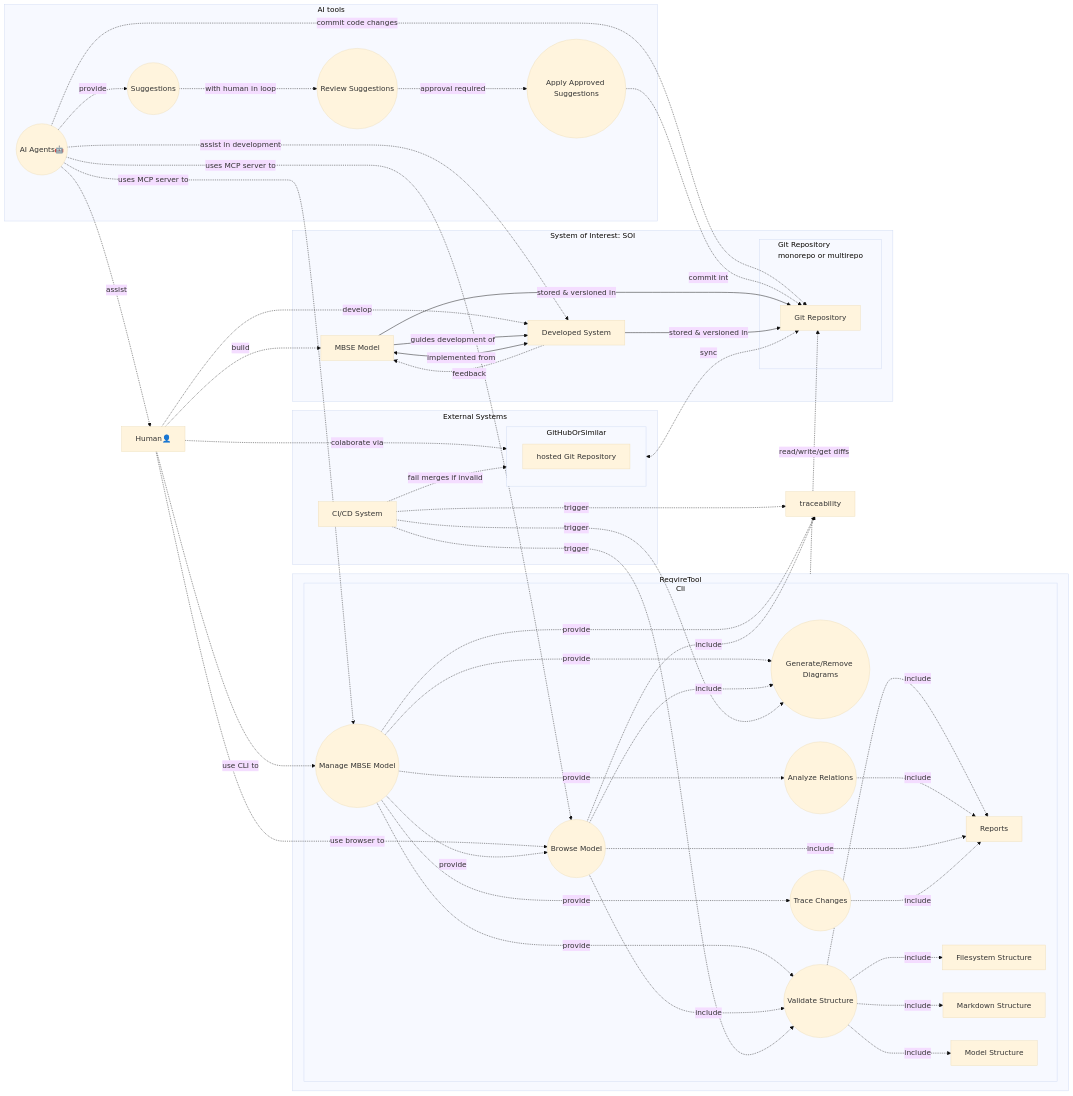
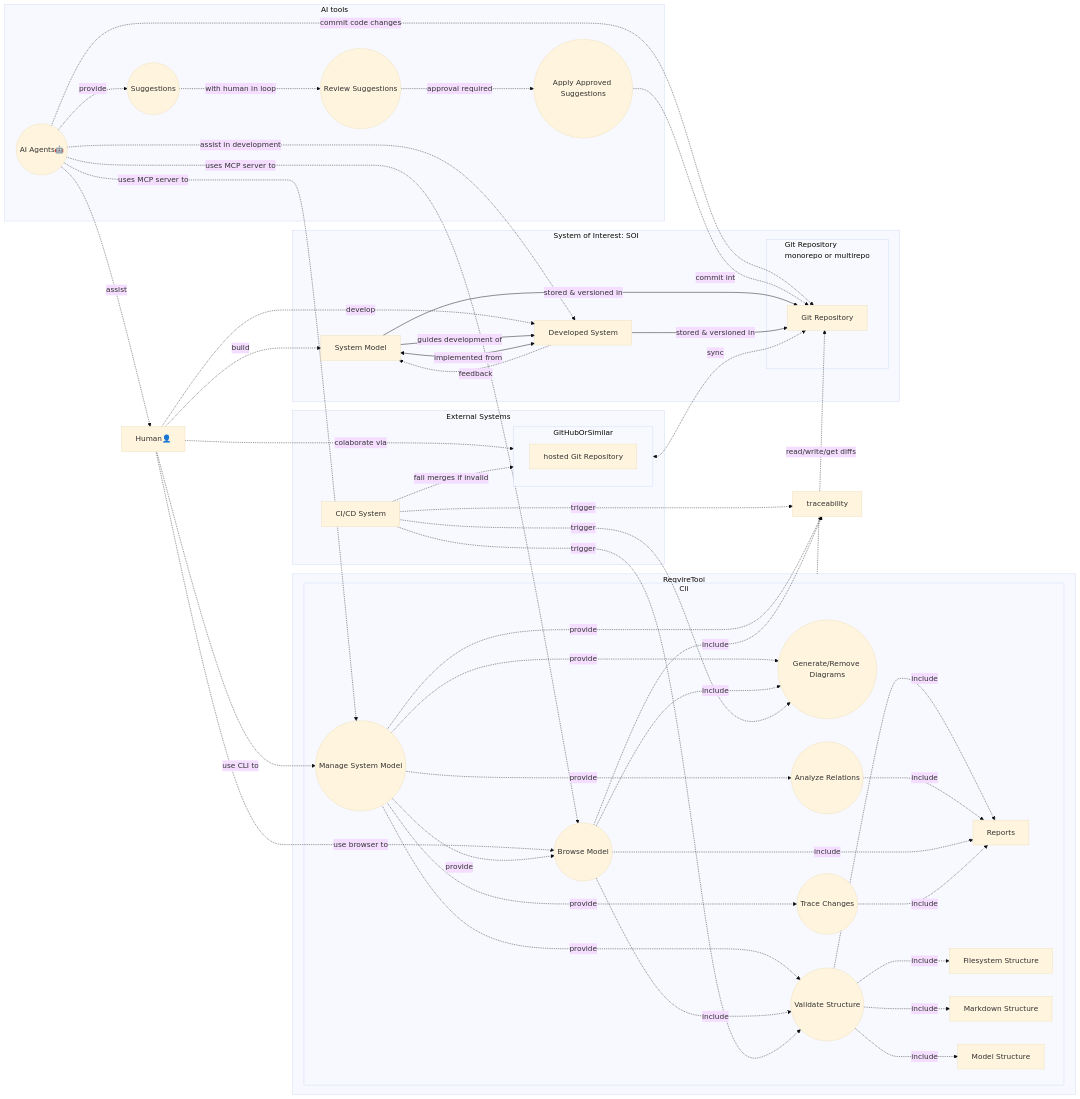
Before and after one commit to reqvire-org/reqvire: the diagram in specifications/Usecases.md, drawn with Mermaid (base theme). The commit also changed other lines of this file and 1 other file, not shown here.

Commit message:
Renamed MBSE to System model.

```diff
--- a/specifications/Usecases.md
+++ b/specifications/Usecases.md
@@ -12,7 +12,7 @@
 flowchart LR
     subgraph "ReqvireTool"
         subgraph "Cli"
-            manageModel((Manage MBSE Model))
+            manageModel((Manage System Model))
             generateDiagrams((Generate/Remove Diagrams))
             analiseRelations((Analyze Relations))
             reports[Provide Reports]
@@ -46,7 +46,7 @@
     end
 
     subgraph "System of Interest: SOI"
-        model[MBSE Model]
+        model[System Model]
         developedSystem["Developed System"]
         subgraph "Git Repository<br>monorepo or multirepo"
             gitRepository[Git Repository]
```
